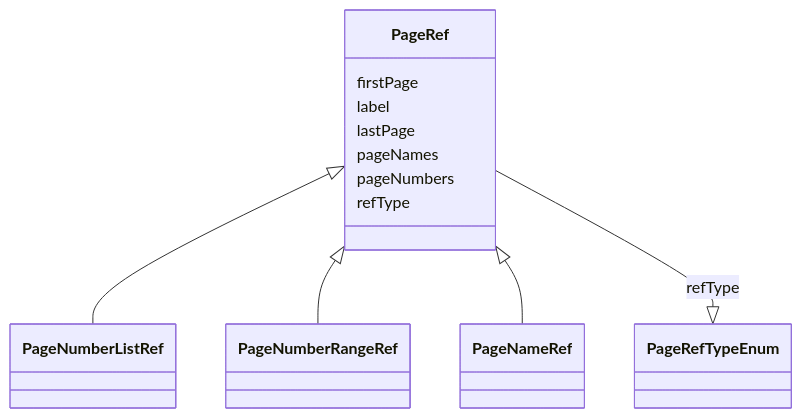
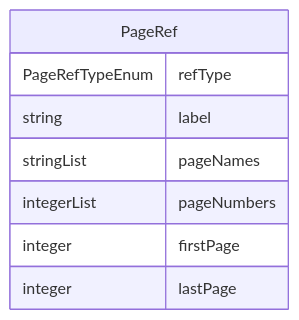
Before and after one commit to cdisc-org/analysis-results-standard: the diagram in project/docs/PageRef.md, drawn with Mermaid. The commit also changed 131 other files, not shown here.

Commit message:
Add top-level diagram to documentation

````diff
--- a/project/docs/PageRef.md
+++ b/project/docs/PageRef.md
@@ -16,23 +15,14 @@
 ```mermaid
- classDiagram
-    class PageRef
-      PageRef <|-- PageNumberListRef
-      PageRef <|-- PageNumberRangeRef
-      PageRef <|-- PageNameRef
-      
-      PageRef : firstPage
-        
-      PageRef : label
-        
-      PageRef : lastPage
-        
-      PageRef : pageNames
-        
-      PageRef : pageNumbers
-        
-      PageRef : refType
-        
-          PageRef --|> PageRefTypeEnum : refType
-        
-      
+erDiagram
+PageRef {
+    PageRefTypeEnum refType  
+    string label  
+    stringList pageNames  
+    integerList pageNumbers  
+    integer firstPage  
+    integer lastPage  
+}
+
+
+
 ```
````
